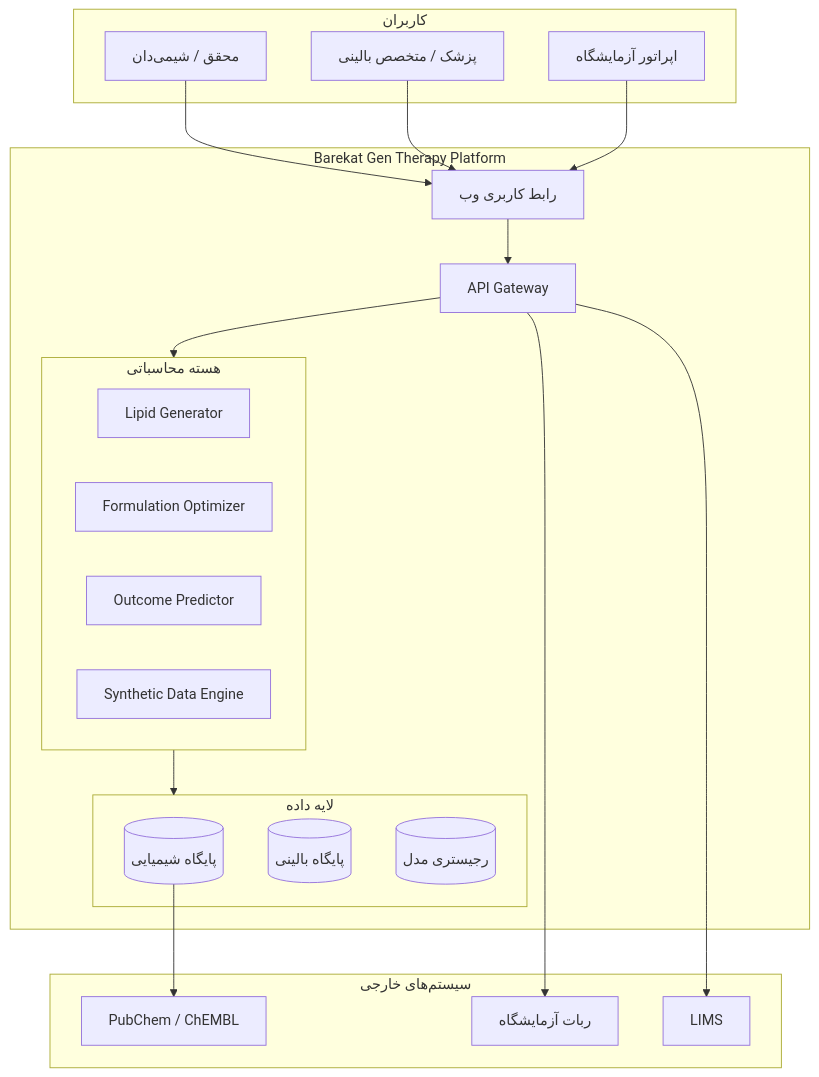
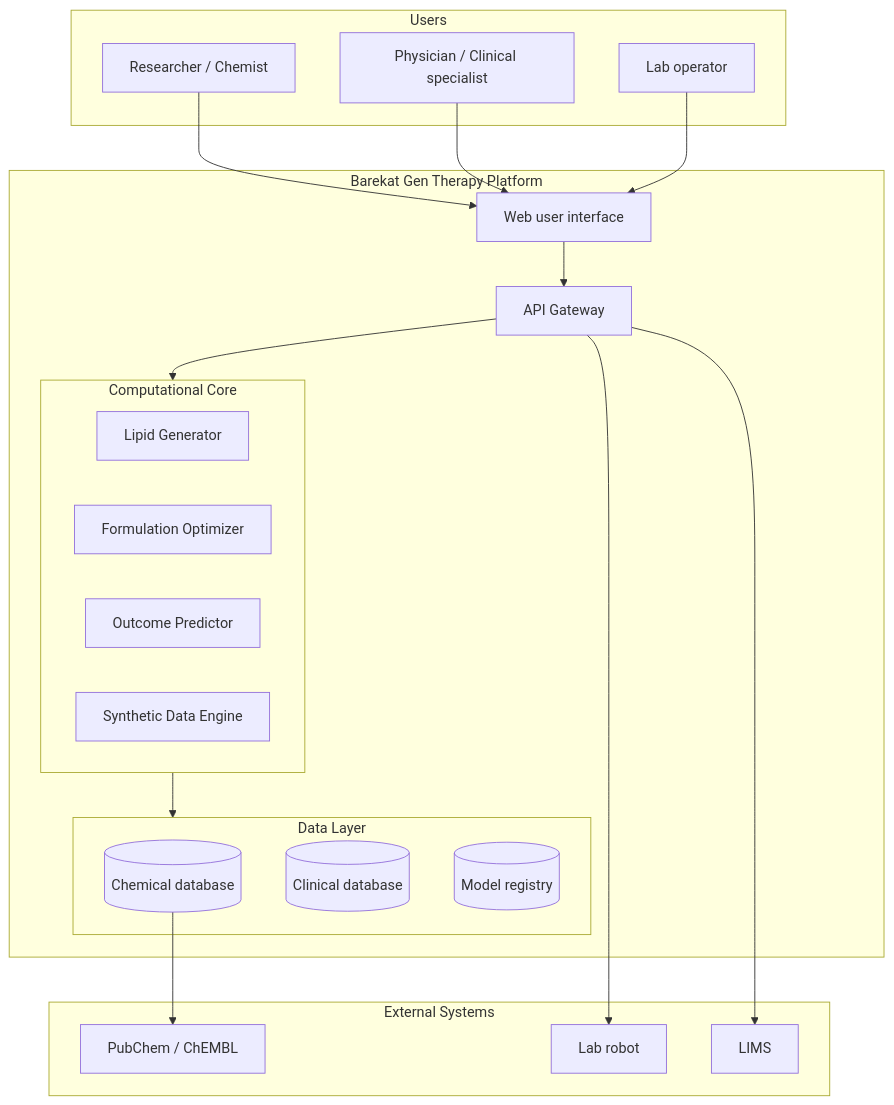
Before and after one commit to parsasohrab1/barekat-gen-therapy: the first of 10 diagrams in docs/ARCHITECTURE.md, drawn with Mermaid. The commit also changed other lines of this file and 21 other files, not shown here.

````diff
--- a/docs/ARCHITECTURE.md
+++ b/docs/ARCHITECTURE.md
@@ -35,42 +35,42 @@
 ```mermaid
 graph TB
-    subgraph Users["کاربران"]
-        Scientist[محقق / شیمی‌دان]
-        Clinician[پزشک / متخصص بالینی]
-        LabTech[اپراتور آزمایشگاه]
+    subgraph Users["Users"]
+        Scientist[Researcher / Chemist]
+        Clinician[Physician / Clinical specialist]
+        LabTech[Lab operator]
     end
 
     subgraph Platform["Barekat Gen Therapy Platform"]
-        UI[رابط کاربری وب]
+        UI[Web user interface]
         API[API Gateway]
         
-        subgraph Core["هسته محاسباتی"]
+        subgraph Core["Computational Core"]
             LipidGen[Lipid Generator]
             FormOpt[Formulation Optimizer]
             OutcomePred[Outcome Predictor]
             SynthData[Synthetic Data Engine]
         end
         
-        subgraph Data["لایه داده"]
-            ChemDB[(پایگاه شیمیایی)]
-            ClinDB[(پایگاه بالینی)]
-            ModelRegistry[(رجیستری مدل)]
+        subgraph Data["Data Layer"]
+            ChemDB[(Chemical database)]
+            ClinDB[(Clinical database)]
+            ModelRegistry[(Model registry)]
         end
     end
 
-    subgraph External["سیستم‌های خارجی"]
+    subgraph External["External Systems"]
         PubChem[PubChem / ChEMBL]
-        LabRobot[ربات آزمایشگاه]
+        LabRobot[Lab robot]
         LIMS[LIMS]
     end
 
     Scientist --> UI
     Clinician --> UI
     LabTech --> UI
     UI --> API
     API --> Core
     Core --> Data
     ChemDB --> PubChem
     API --> LabRobot
     API --> LIMS
 ```
````
